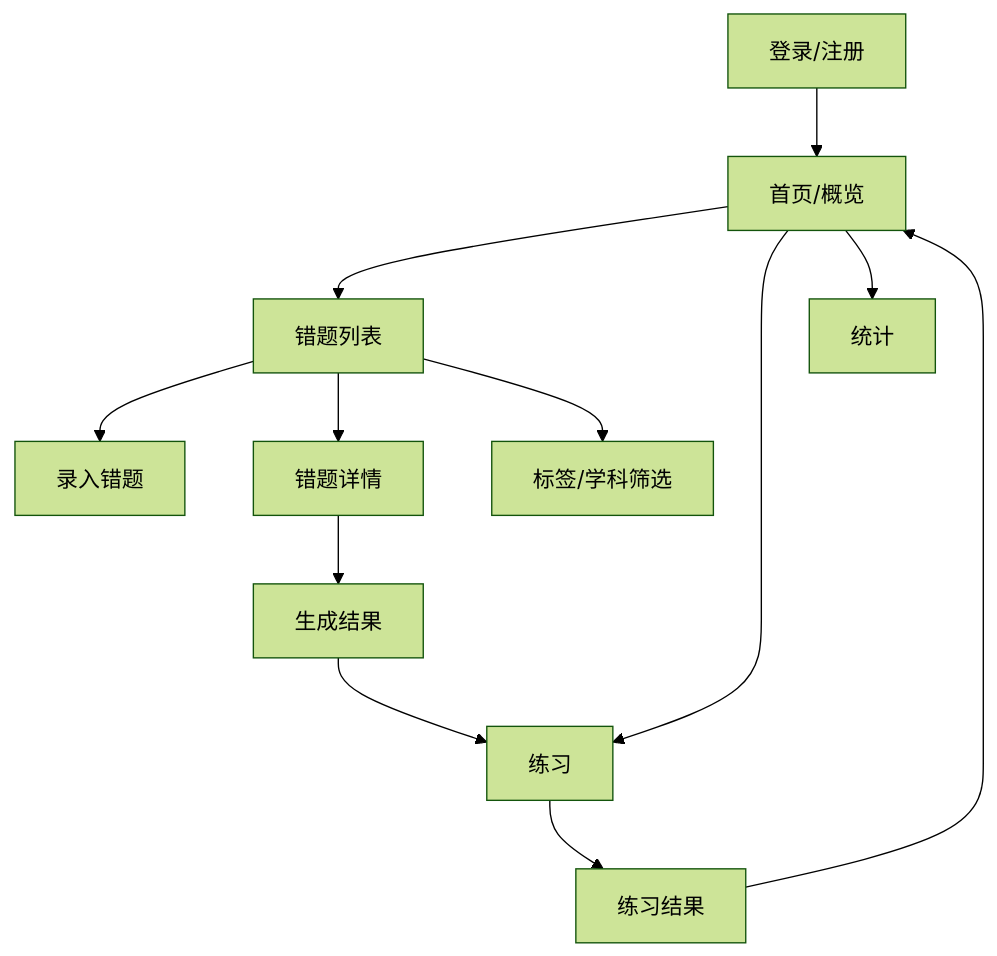
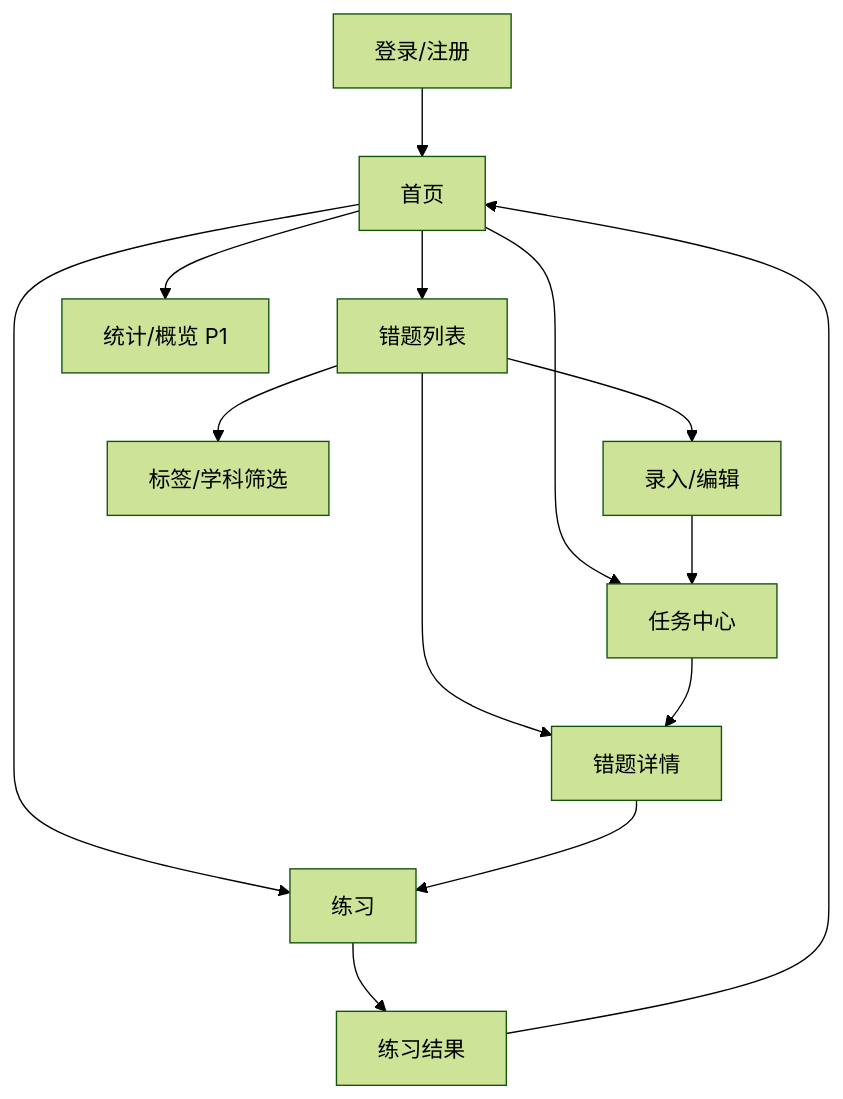
One commit to plmt3742/Bababoi-Learning-Machine changed the first of 3 diagrams in docs/agent/08-design-playbook.md. Above: the diagram before and after it, drawn with Mermaid (forest theme). The commit also changed other lines of this file and 29 other files, not shown here.

````diff
--- a/docs/agent/08-design-playbook.md
+++ b/docs/agent/08-design-playbook.md
@@ -128,14 +130,16 @@
 ```mermaid
 flowchart TD
-  L[登录/注册] --> H[首页/概览]
+  L[登录/注册] --> H[首页]
   H --> Q[错题列表]
   H --> P[练习]
-  H --> S[统计]
-  Q --> N[录入错题]
+  H --> T[任务中心]
+  H --> S[统计/概览 P1]
+  Q --> N[录入/编辑]
+  N --> T
   Q --> D[错题详情]
-  D --> G[生成结果]
-  G --> P
+  D --> P
+  T --> D
   P --> R[练习结果]
   R --> H
-  Q --> T[标签/学科筛选]
+  Q --> F[标签/学科筛选]
 ```
````
